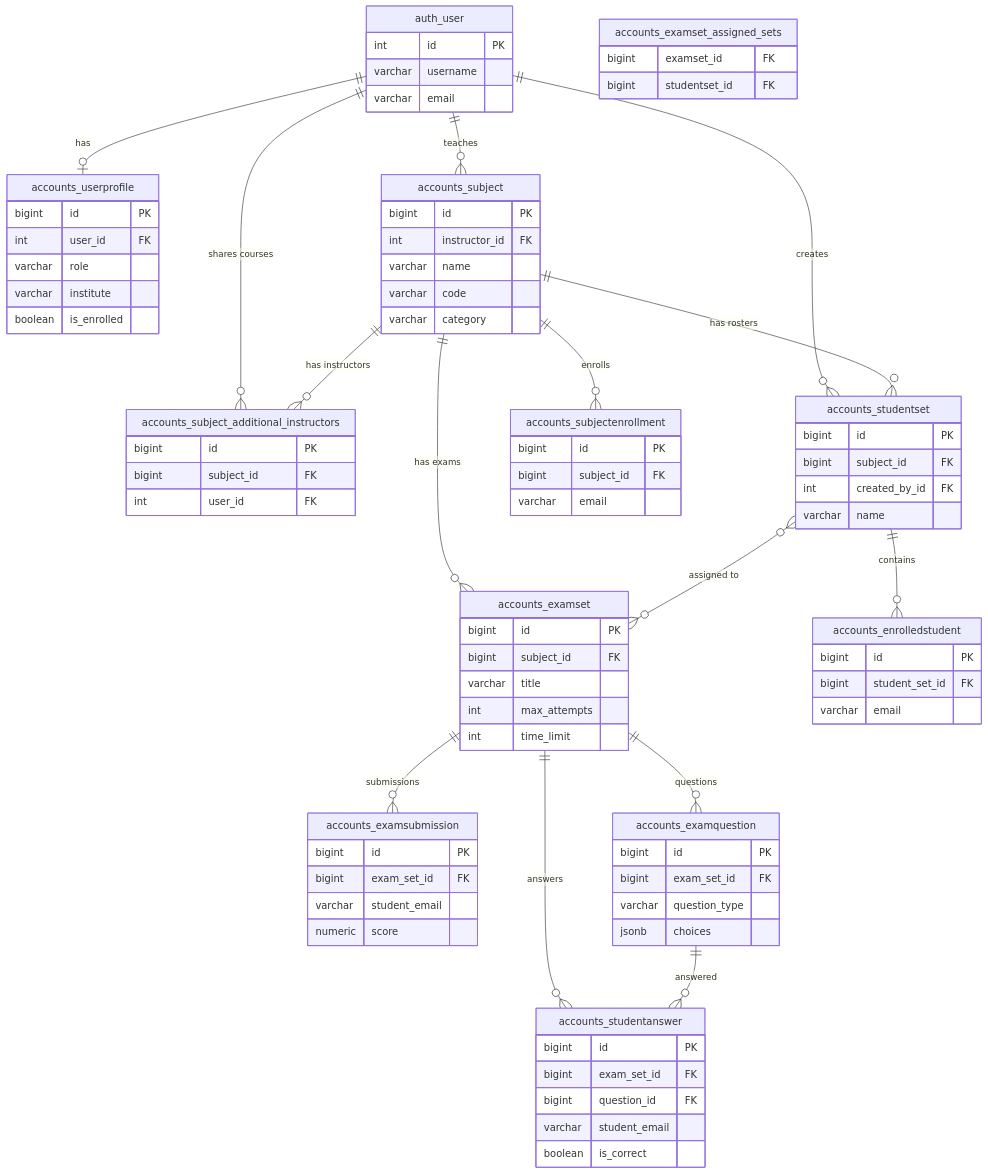
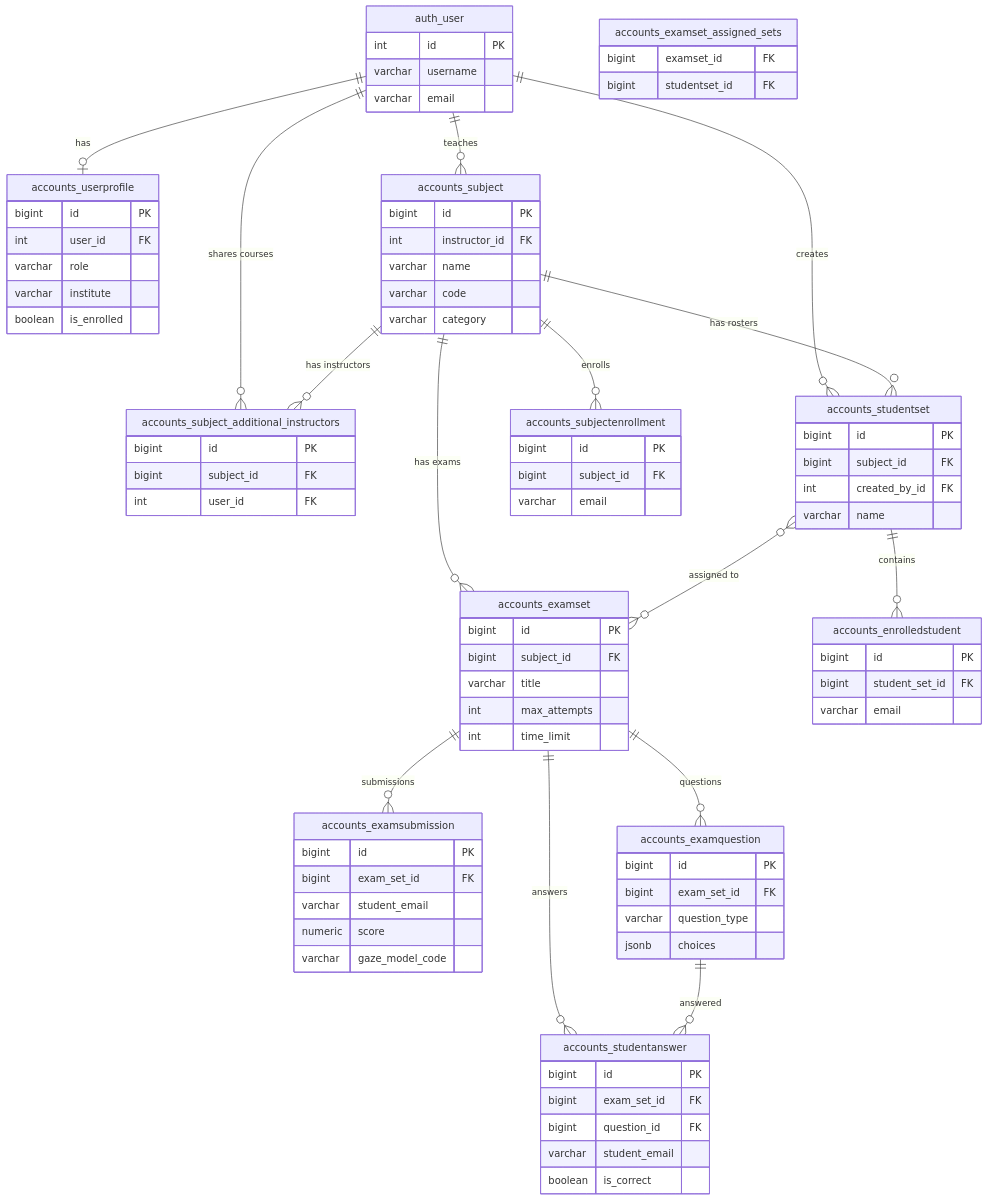
One commit to brybalidiong/AI-Vigilation changed the diagram in docs/database-erd.md. Above: the diagram before and after it, drawn with Mermaid. The commit also changed 7 other files, not shown here.

Commit message:
Show exam integrity by selected gaze model in admin analytics

```diff
--- a/docs/database-erd.md
+++ b/docs/database-erd.md
@@ -104,6 +104,7 @@
         bigint exam_set_id FK
         varchar student_email
         numeric score
+        varchar gaze_model_code
     }
 
     accounts_examquestion {
```
